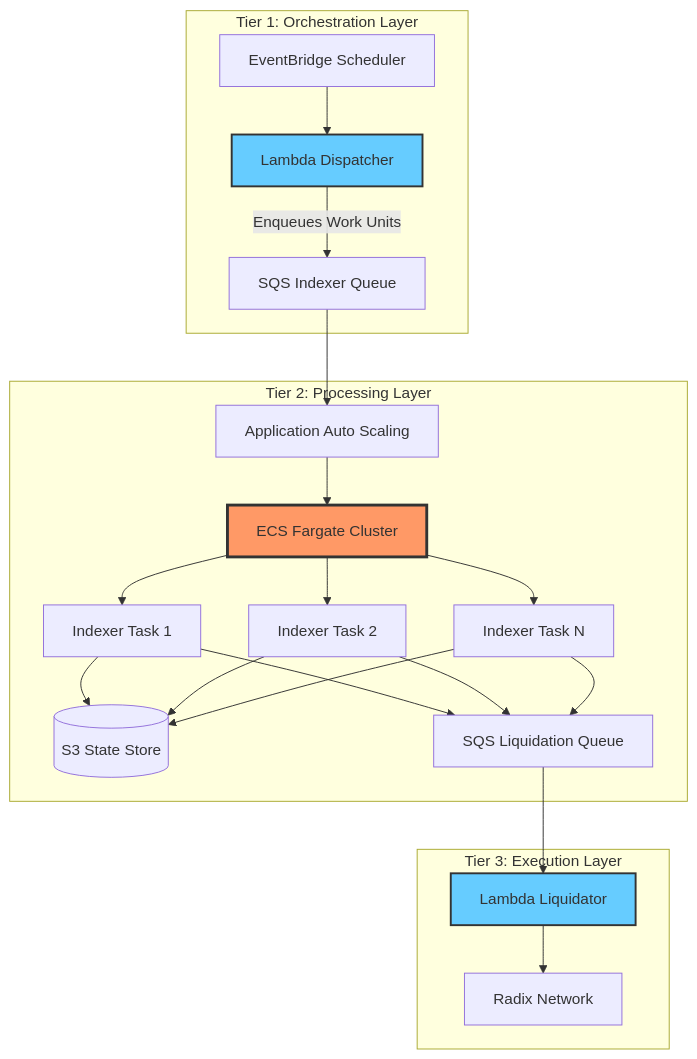
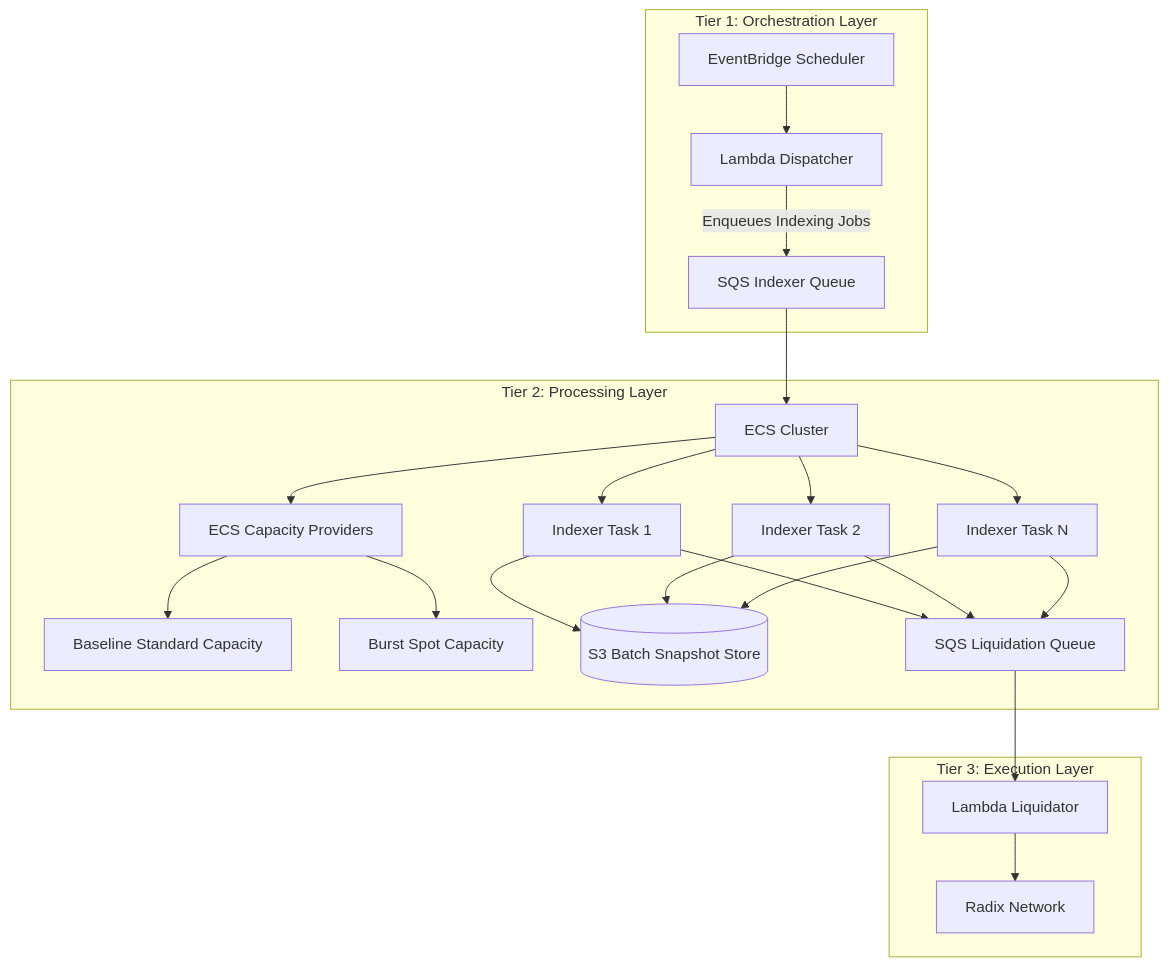
One commit to atoumbre/weft-backend-resources changed the diagram in README.md. Above: the diagram before and after it, drawn with Mermaid. The commit also changed other lines of this file, not shown here.

````diff
--- a/README.md
+++ b/README.md
@@ -41,27 +67,29 @@
 ```mermaid
 graph TD
 
     subgraph "Tier 1: Orchestration Layer"
         EB[EventBridge Scheduler] --> D[Lambda Dispatcher]
-        D -- "Enqueues Work Units" --> Q1[SQS Indexer Queue]
+        D -- "Enqueues Indexing Jobs" --> Q1[SQS Indexer Queue]
     end
 
     subgraph "Tier 2: Processing Layer"
-        Q1 --> ASG[Application Auto Scaling]
-        ASG --> ECS[ECS Fargate Cluster]
+        Q1 --> ECS[ECS Cluster]
+        ECS --> CP[ECS Capacity Providers]
+        CP --> OD[Baseline Standard Capacity]
+        CP --> SP[Burst Spot Capacity]
         ECS --> I1[Indexer Task 1]
         ECS --> I2[Indexer Task 2]
         ECS --> IN[Indexer Task N]
-        I1 & I2 & IN --> S3[(S3 State Store)]
-        I1 & I2 & IN --> Q2[SQS Liquidation Queue]
+        I1 --> S3[(S3 Batch Snapshot Store)]
+        I2 --> S3
+        IN --> S3
+        I1 --> Q2[SQS Liquidation Queue]
+        I2 --> Q2
+        IN --> Q2
     end
 
     subgraph "Tier 3: Execution Layer"
         Q2 --> L[Lambda Liquidator]
         L --> RN[Radix Network]
     end
-
-    style ECS fill:#f96,stroke:#333,stroke-width:3px
-    style D fill:#6cf,stroke:#333,stroke-width:2px
-    style L fill:#6cf,stroke:#333,stroke-width:2px
 ```
````
